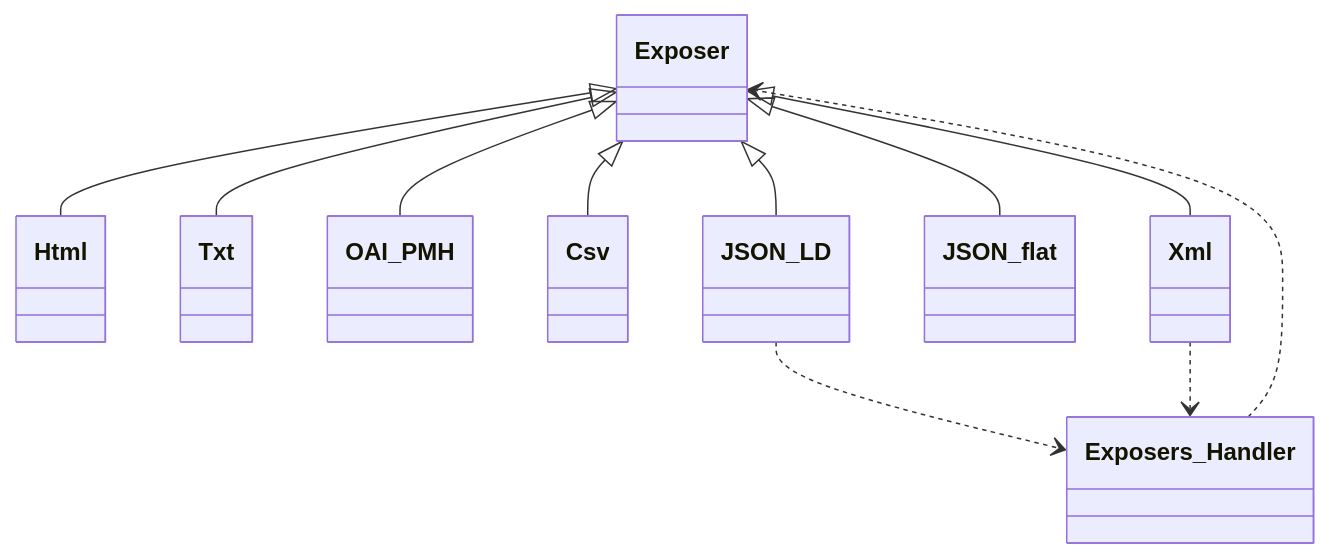
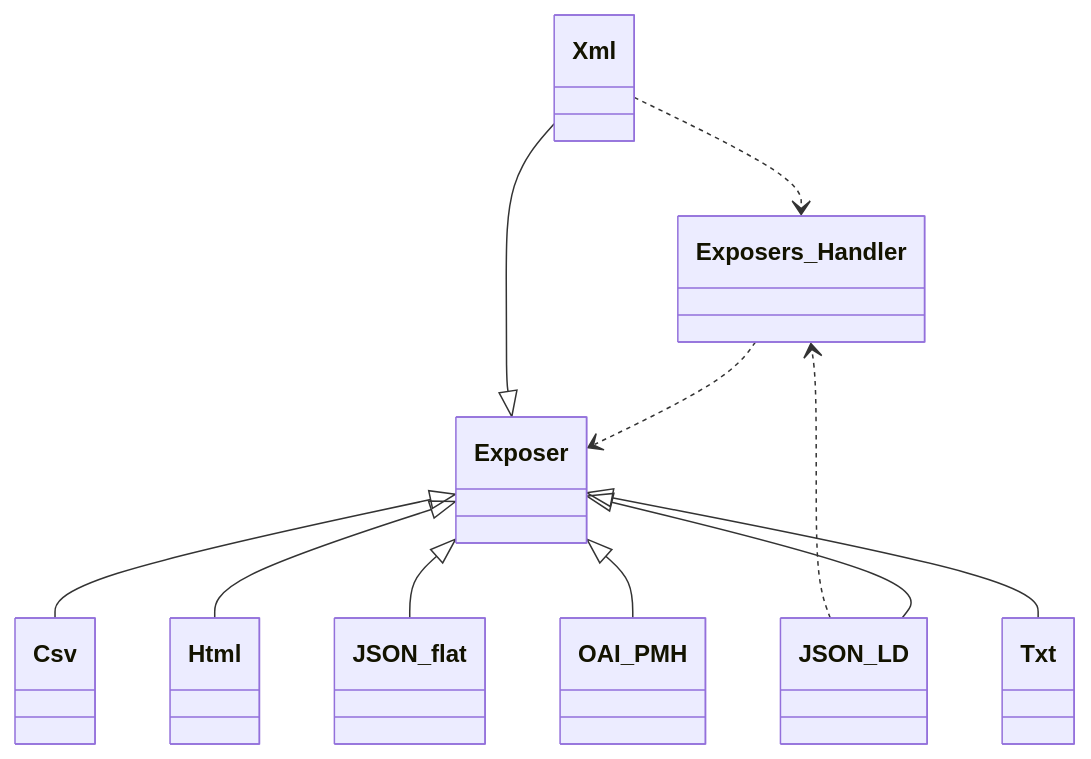
The sixth of 14 diagrams in docs/phpdoc/Home.md (tainacan/tainacan), drawn with Mermaid before and after one commit. The commit also changed other lines of this file and 96 other files, not shown here.

````diff
--- a/docs/phpdoc/Home.md
+++ b/docs/phpdoc/Home.md
@@ -458,23 +459,23 @@
 ```mermaid
 classDiagram
     direction TB
-    class Exposer { }
     class Html { }
-    class Exposers_Handler { }
     class Txt { }
     class OAI_PMH { }
+    class Xml { }
+    class Exposer { }
     class Csv { }
+    class JSON_flat { }
     class JSON_LD { }
-    class JSON_flat { }
-    class Xml { }
+    class Exposers_Handler { }
     Exposer <|-- Csv
     Exposer <|-- Html
     Exposer <|-- JSON_LD
     Exposer <|-- JSON_flat
     Exposer <|-- OAI_PMH
     Exposer <|-- Txt
     Exposer <|-- Xml
     Exposers_Handler ..> Exposer
     JSON_LD ..> Exposers_Handler
     Xml ..> Exposers_Handler
 ```
````
